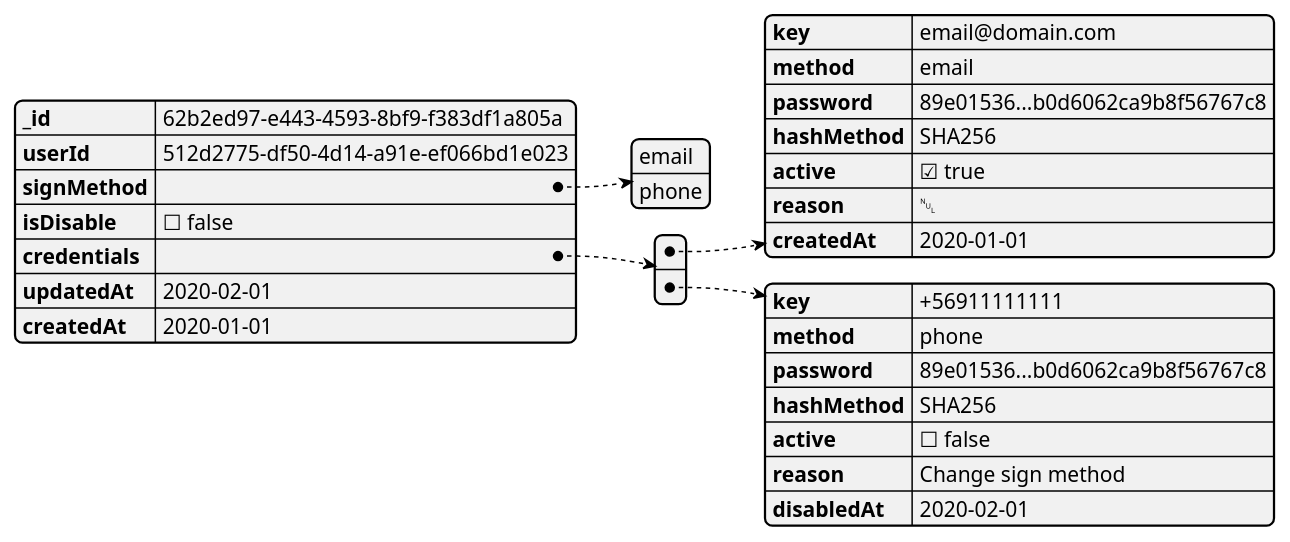
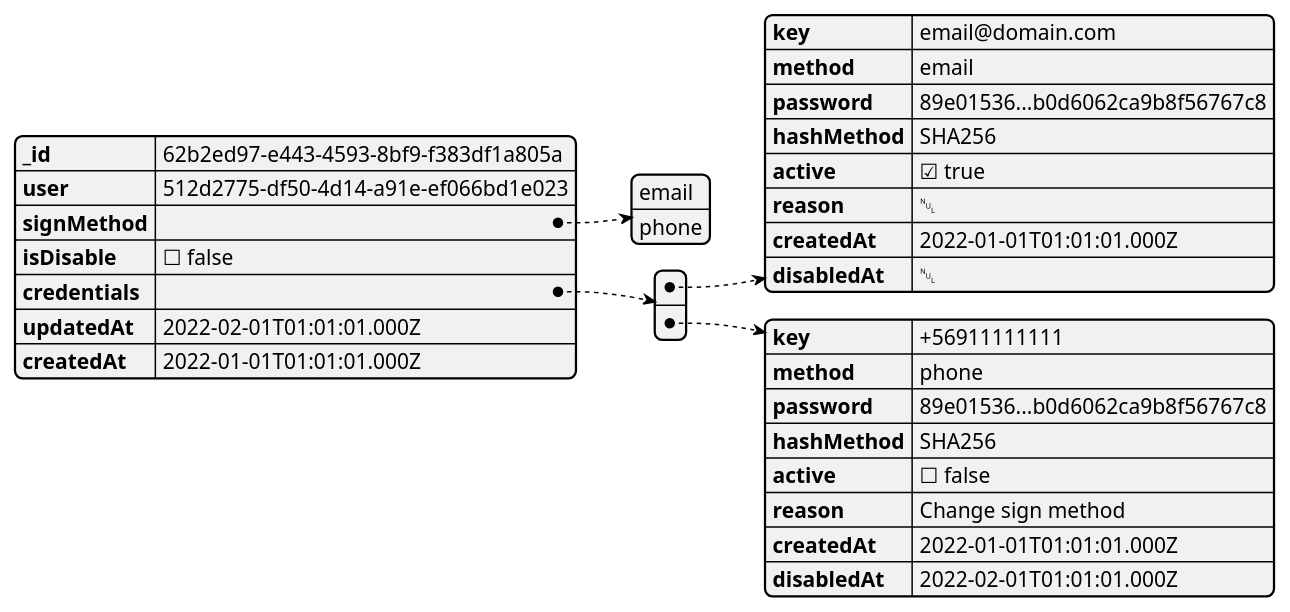
Before and after one commit to icc-dev/vc-project-architecture: the diagram in plantuml/jsons/user-sign.puml, drawn with PlantUML. The commit also changed 8 other files, not shown here.

```diff
--- a/plantuml/jsons/user-sign.puml
+++ b/plantuml/jsons/user-sign.puml
@@ -1,30 +1,32 @@
 @startjson
 {
-"_id":"62b2ed97-e443-4593-8bf9-f383df1a805a",
-"userId": "512d2775-df50-4d14-a91e-ef066bd1e023",
-"signMethod": ["email", "phone"],
-"isDisable": false,
-"credentials" : [
-{
-"key": "email@domain.com",
-"method": "email",
-"password": "89e01536...b0d6062ca9b8f56767c8",
-"hashMethod": "SHA256",
-"active": true,
-"reason": null,
-"createdAt": "2020-01-01"
-},
-{
-"key": "+56911111111",
-"method": "phone",
-"password": "89e01536...b0d6062ca9b8f56767c8",
-"hashMethod": "SHA256",
-"active": false,
-"reason": "Change sign method",
-"disabledAt": "2020-02-01"
-}
-],
-"updatedAt": "2020-02-01",
-"createdAt": "2020-01-01"
+    "_id":"62b2ed97-e443-4593-8bf9-f383df1a805a",
+    "user": "512d2775-df50-4d14-a91e-ef066bd1e023",
+    "signMethod": ["email", "phone"],
+    "isDisable": false,
+    "credentials" : [
+        {
+            "key": "email@domain.com",
+            "method": "email",
+            "password": "89e01536...b0d6062ca9b8f56767c8",
+            "hashMethod": "SHA256",
+            "active": true,
+            "reason": null,
+            "createdAt": "2022-01-01T01:01:01.000Z",
+            "disabledAt": null
+        },
+        {
+            "key": "+56911111111",
+            "method": "phone",
+            "password": "89e01536...b0d6062ca9b8f56767c8",
+            "hashMethod": "SHA256",
+            "active": false,
+            "reason": "Change sign method",
+            "createdAt": "2022-01-01T01:01:01.000Z",
+            "disabledAt": "2022-02-01T01:01:01.000Z"
+        }
+    ],
+    "updatedAt": "2022-02-01T01:01:01.000Z",
+    "createdAt": "2022-01-01T01:01:01.000Z"
 }
 @endjson
```
